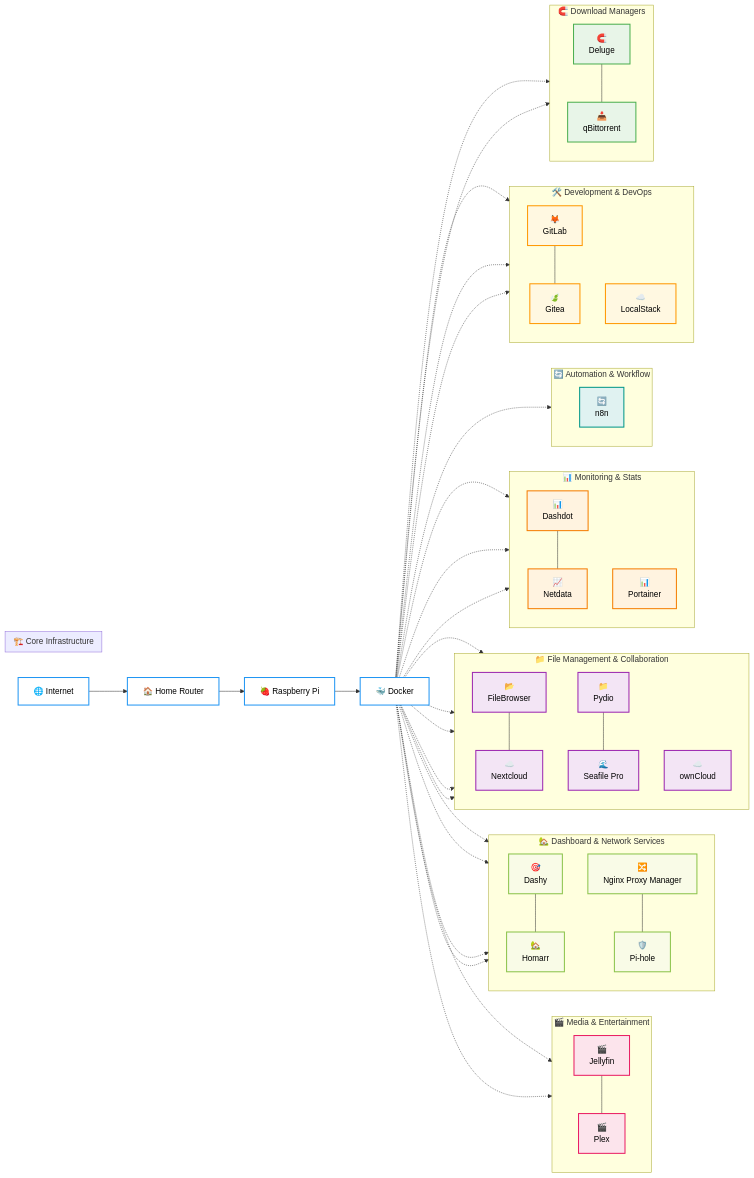
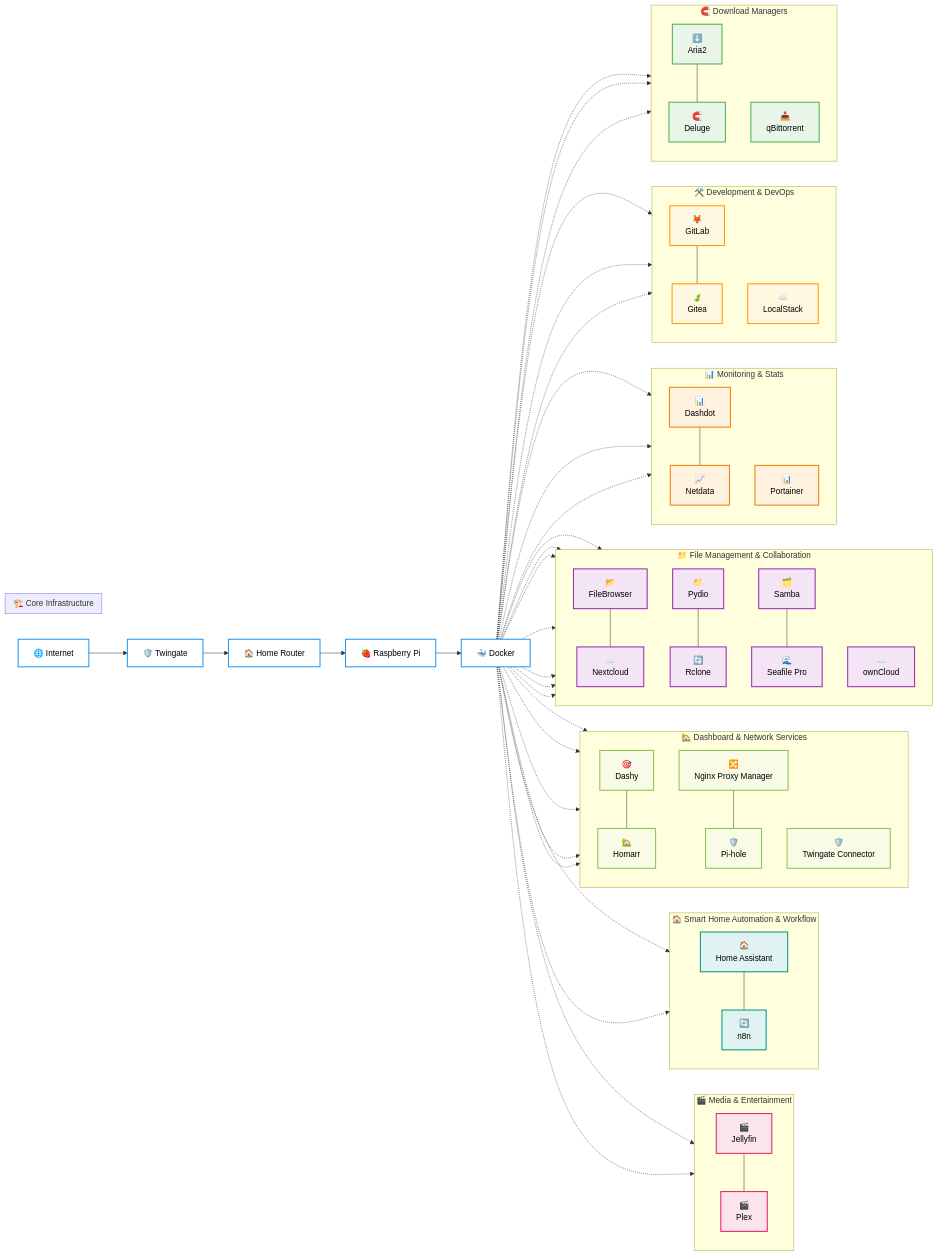
Before and after one commit to Thre4dripper/Home-Server-Lab: the diagram in README.md, drawn with Mermaid. The commit also changed other lines of this file, not shown here.

Commit message:
🤖 Auto-update services documentation
- Updated service tables and categories
- Synchronized with service README metadata
- Generated by GitHub Actions workflow

````diff
--- a/README.md
+++ b/README.md
@@ -36,11 +37,13 @@
 ```mermaid
 graph LR
     Internet[🌐 Internet]
+    Twingate_Connector[🛡️ Twingate]
     Router[🏠 Home Router]
     RPI[🍓 Raspberry Pi]
     Docker[🐳 Docker]
     
-    Internet --> Router
+    Internet --> Twingate_Connector
+    Twingate_Connector --> Router
     Router --> RPI
     RPI --> Docker
     
@@ -60,6 +63,16 @@
     Docker -.-> Jellyfin
     Docker -.-> Plex
 
+    %% 🏠 Smart Home Automation & Workflow
+    subgraph SmartHomeAutomationWorkflow["🏠 Smart Home Automation & Workflow"]
+        direction TB
+        Homeassistant[🏠<br/>Home Assistant]
+        N8N[🔄<br/>n8n]
+        Homeassistant --- N8N
+    end
+    Docker -.-> Homeassistant
+    Docker -.-> N8N
+
     %% 🏡 Dashboard & Network Services
     subgraph DashboardNetworkServices["🏡 Dashboard & Network Services"]
         direction TB
@@ -67,6 +80,7 @@
         Homarr[🏡<br/>Homarr]
         Nginxui[🔀<br/>Nginx Proxy Manager]
         Pihole[🛡️<br/>Pi-hole]
+        Twingate[🛡️<br/>Twingate Connector]
         Dashy --- Homarr
         Nginxui --- Pihole
     end
@@ -74,6 +88,7 @@
     Docker -.-> Homarr
     Docker -.-> Nginxui
     Docker -.-> Pihole
+    Docker -.-> Twingate
 
     %% 📁 File Management & Collaboration
     subgraph FileManagementCollaboration["📁 File Management & Collaboration"]
@@ -81,14 +96,19 @@
         Filebrowser[📂<br/>FileBrowser]
         Nextcloud[☁️<br/>Nextcloud]
         Pydio[📁<br/>Pydio]
+        Rclone[🔄<br/>Rclone]
+        Samba[🗂️<br/>Samba]
         Seafile[🌊<br/>Seafile Pro]
         Owncloud[☁️<br/>ownCloud]
         Filebrowser --- Nextcloud
-        Pydio --- Seafile
+        Pydio --- Rclone
+        Samba --- Seafile
     end
     Docker -.-> Filebrowser
     Docker -.-> Nextcloud
     Docker -.-> Pydio
+    Docker -.-> Rclone
+    Docker -.-> Samba
     Docker -.-> Seafile
     Docker -.-> Owncloud
 
@@ -103,13 +123,6 @@
     Docker -.-> Dashdot
     Docker -.-> Netdata
     Docker -.-> Portainer
-
-    %% 🔄 Automation & Workflow
-    subgraph AutomationWorkflow["🔄 Automation & Workflow"]
-        direction TB
-        N8N[🔄<br/>n8n]
-    end
-    Docker -.-> N8N
 
     %% 🛠️ Development & DevOps
     subgraph DevelopmentDevOps["🛠️ Development & DevOps"]
@@ -126,10 +139,12 @@
     %% 🧲 Download Managers
     subgraph DownloadManagers["🧲 Download Managers"]
         direction TB
+        Aria2Ui[⬇️<br/>Aria2]
         Deluge[🧲<br/>Deluge]
         Qbittorrent[📥<br/>qBittorrent]
-        Deluge --- Qbittorrent
+        Aria2Ui --- Deluge
     end
+    Docker -.-> Aria2Ui
     Docker -.-> Deluge
     Docker -.-> Qbittorrent
 
@@ -144,12 +159,12 @@
     classDef devNode fill:#fff8e1,stroke:#ff9800,stroke-width:2px,color:#000000
     classDef dashNode fill:#f9fbe7,stroke:#8bc34a,stroke-width:2px,color:#000000
     
-    class Internet,Router,RPI,Docker coreInfra
+    class Internet,Twingate_Connector,Router,RPI,Docker coreInfra
     class Jellyfin,Plex mediaNode
-    class Dashy,Homarr,Nginxui,Pihole dashNode
-    class Filebrowser,Nextcloud,Pydio,Seafile,Owncloud nasNode
+    class Homeassistant,N8N automationNode
+    class Dashy,Homarr,Nginxui,Pihole,Twingate dashNode
+    class Filebrowser,Nextcloud,Pydio,Rclone,Samba,Seafile,Owncloud nasNode
     class Dashdot,Netdata,Portainer monitoringNode
-    class N8N automationNode
     class Gitlab,Gitea,Localstack devNode
-    class Deluge,Qbittorrent downloadNode
+    class Aria2Ui,Deluge,Qbittorrent downloadNode
 ```
````
